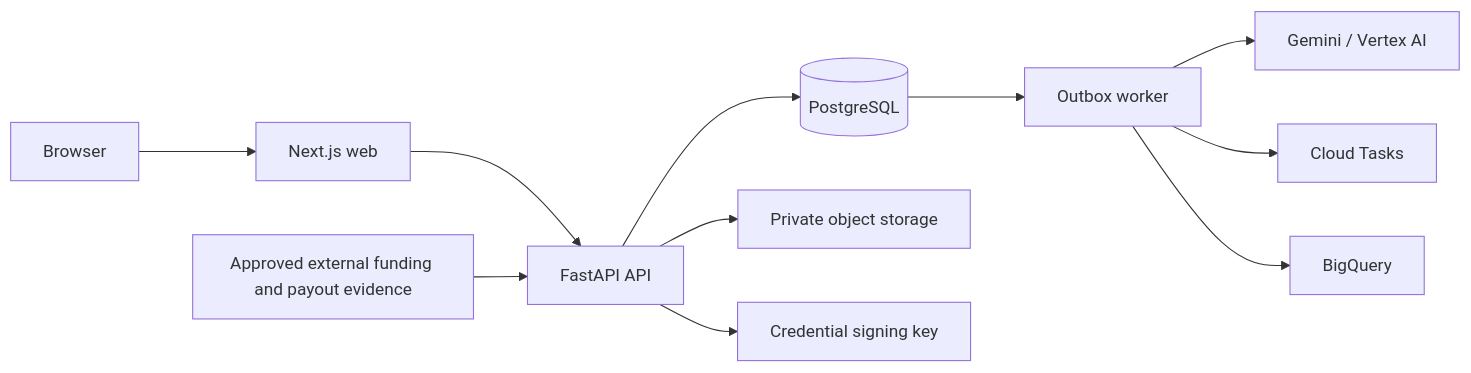
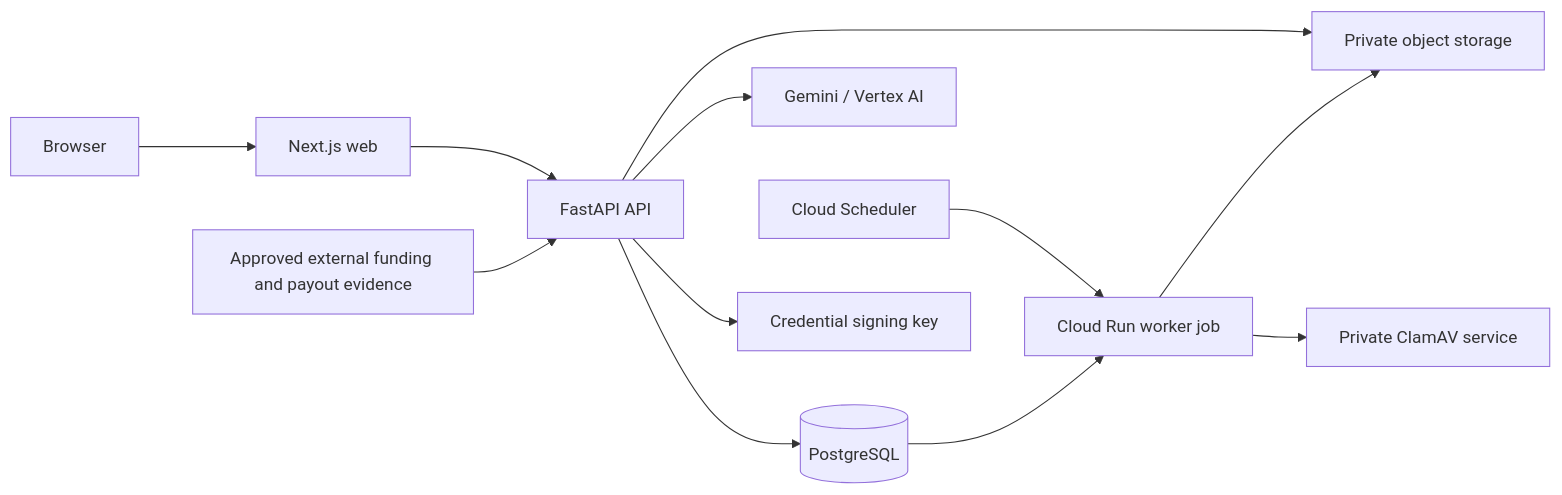
One commit to MaharMuavia/praxisai changed the diagram in docs/architecture.md. Above: the diagram before and after it, drawn with Mermaid. The commit also changed other lines of this file and 151 other files, not shown here.

````diff
--- a/docs/architecture.md
+++ b/docs/architecture.md
@@ -5,13 +5,14 @@
 ```mermaid
 flowchart LR
   Browser --> Web[Next.js web]
   Web --> API[FastAPI API]
   API --> DB[(PostgreSQL)]
   API --> Storage[Private object storage]
-  DB --> Outbox[Outbox worker]
-  Outbox --> Gemini[Gemini / Vertex AI]
-  Outbox --> Tasks[Cloud Tasks]
-  Outbox --> Analytics[BigQuery]
+  API --> Gemini[Gemini / Vertex AI]
+  Scheduler[Cloud Scheduler] --> Worker[Cloud Run worker job]
+  DB --> Worker
+  Worker --> Storage
+  Worker --> Scanner[Private ClamAV service]
   ExternalEvidence[Approved external funding and payout evidence] --> API
   API --> KMS[Credential signing key]
 ```
````
